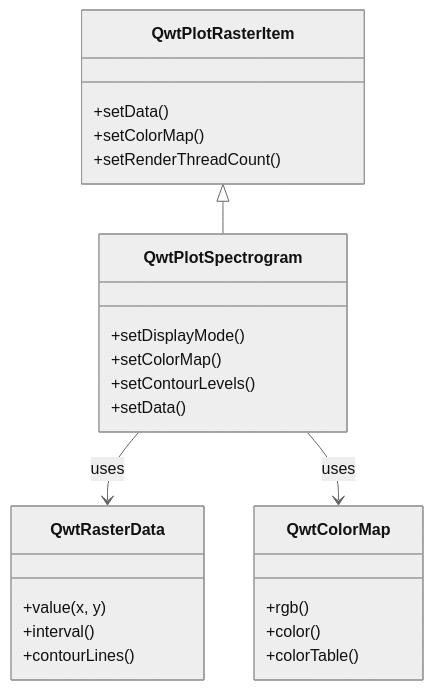
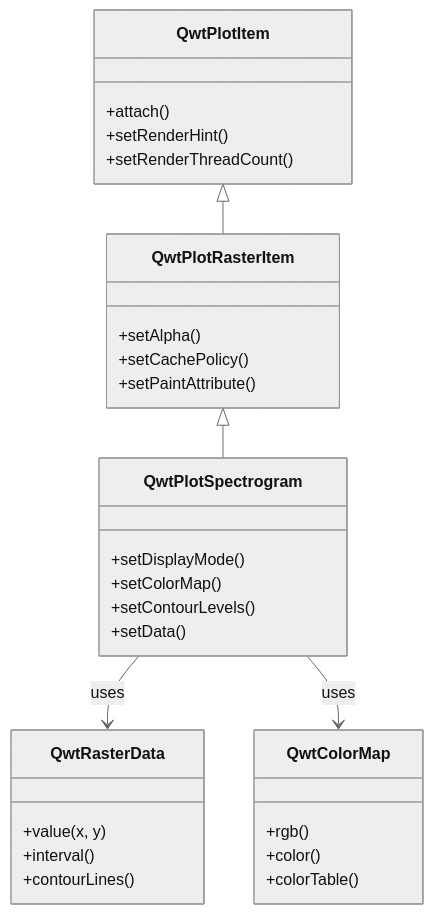
One commit to czyt1988/QWT changed the diagram in docs/use-guide/2d/spectrogram.md. Above: the diagram before and after it, drawn with Mermaid (neutral theme). The commit also changed other lines of this file and 27 other files, not shown here.

````diff
--- a/docs/use-guide/2d/spectrogram.md
+++ b/docs/use-guide/2d/spectrogram.md
@@ -45,31 +45,38 @@
 ```mermaid
 classDiagram
+    class QwtPlotItem {
+        +attach()
+        +setRenderHint()
+        +setRenderThreadCount()
+    }
+
     class QwtPlotRasterItem {
-        +setData()
-        +setColorMap()
-        +setRenderThreadCount()
+        +setAlpha()
+        +setCachePolicy()
+        +setPaintAttribute()
     }
 
     class QwtPlotSpectrogram {
         +setDisplayMode()
         +setColorMap()
         +setContourLevels()
         +setData()
     }
 
     class QwtRasterData {
         +value(x, y)
         +interval()
         +contourLines()
     }
 
     class QwtColorMap {
         +rgb()
         +color()
         +colorTable()
     }
 
+    QwtPlotItem <|-- QwtPlotRasterItem
     QwtPlotRasterItem <|-- QwtPlotSpectrogram
     QwtPlotSpectrogram --> QwtRasterData : uses
     QwtPlotSpectrogram --> QwtColorMap : uses
 ```
````
